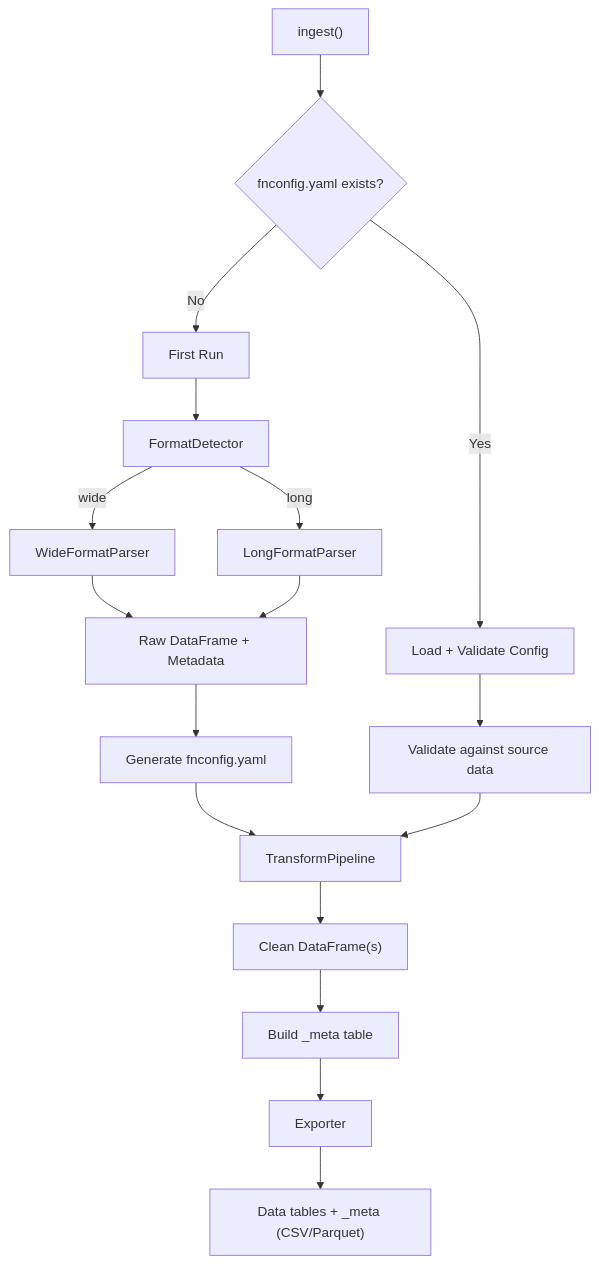
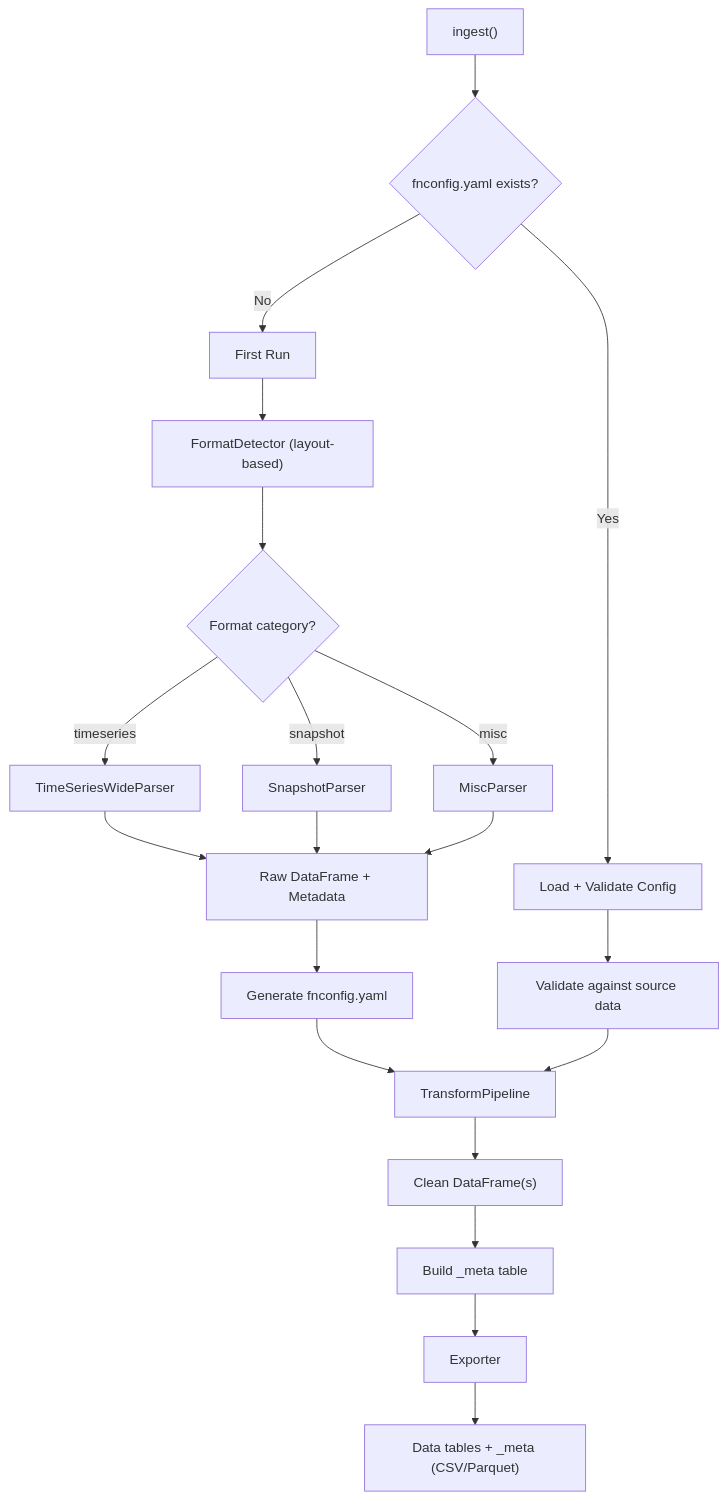
Before and after one commit to jaepil-choi/fn-dg6-ingest: the diagram in docs/vibe/prd.md, drawn with Mermaid. The commit also changed other lines of this file, not shown here.

First line of the commit message:
Update PRD for timeseries/snapshot/misc taxonomy and layout system

````diff
--- a/docs/vibe/prd.md
+++ b/docs/vibe/prd.md
@@ -232,22 +247,25 @@
 ```mermaid
 flowchart TD
     Start["ingest()"] --> ConfigCheck{"fnconfig.yaml exists?"}
     ConfigCheck -->|No| FirstRun["First Run"]
     ConfigCheck -->|Yes| LoadConfig["Load + Validate Config"]
 
-    FirstRun --> Detect["FormatDetector"]
-    Detect -->|wide| WideParser["WideFormatParser"]
-    Detect -->|long| LongParser["LongFormatParser"]
-    WideParser --> RawFrame["Raw DataFrame + Metadata"]
-    LongParser --> RawFrame
+    FirstRun --> Detect["FormatDetector (layout-based)"]
+    Detect --> Router{"Format category?"}
+    Router -->|timeseries| TSParser["TimeSeriesWideParser"]
+    Router -->|snapshot| SnapParser["SnapshotParser"]
+    Router -->|misc| MiscParser["MiscParser"]
+    TSParser --> RawFrame["Raw DataFrame + Metadata"]
+    SnapParser --> RawFrame
+    MiscParser --> RawFrame
     RawFrame --> GenConfig["Generate fnconfig.yaml"]
     GenConfig --> Pipeline["TransformPipeline"]
 
     LoadConfig --> ValidateConfig["Validate against source data"]
     ValidateConfig --> Pipeline
 
     Pipeline --> Clean["Clean DataFrame(s)"]
     Clean --> MetaBuilder["Build _meta table"]
     MetaBuilder --> Exporter["Exporter"]
     Exporter --> Output["Data tables + _meta (CSV/Parquet)"]
 ```
````
